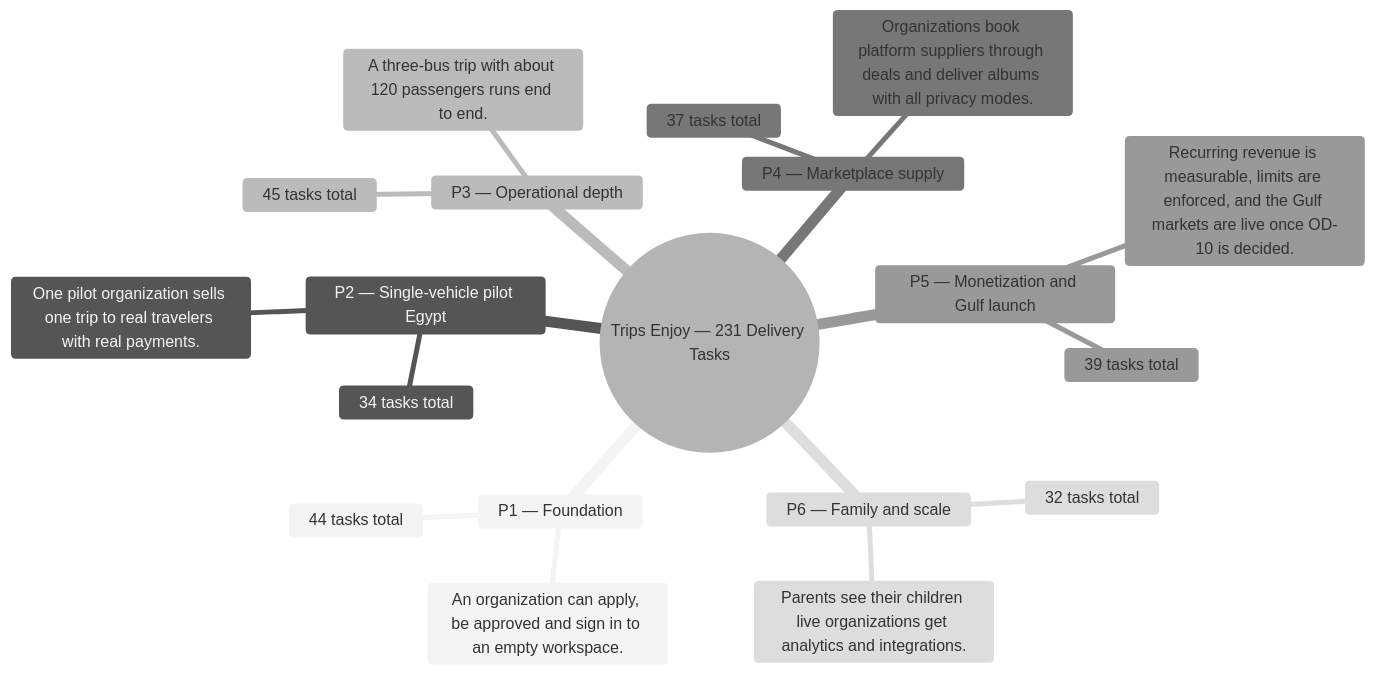
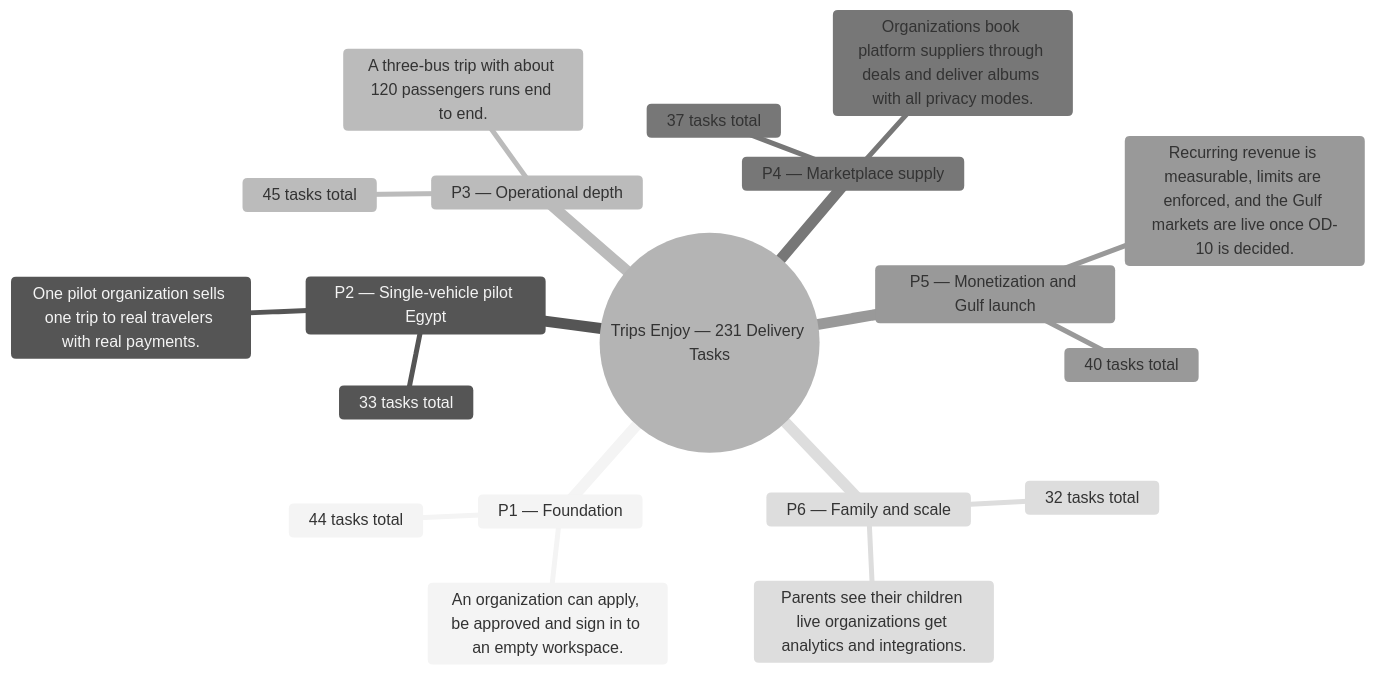
The diagram in content/docs/plan/milestones.mdx (mohamedhabibwork/trips-enjoy-docs), drawn with Mermaid (neutral theme) before and after one commit. The commit also changed other lines of this file and 117 other files, not shown here.

````diff
--- a/content/docs/plan/milestones.mdx
+++ b/content/docs/plan/milestones.mdx
@@ -11,22 +11,22 @@
 ```mermaid
 mindmap
   root(("Trips Enjoy — 231 Delivery Tasks"))
     P1 — Foundation
       44 tasks total
       An organization can apply, be approved and sign in to an empty workspace.
     P2 — Single-vehicle pilot Egypt
-      34 tasks total
+      33 tasks total
       One pilot organization sells one trip to real travelers with real payments.
     P3 — Operational depth
       45 tasks total
       A three-bus trip with about 120 passengers runs end to end.
     P4 — Marketplace supply
       37 tasks total
       Organizations book platform suppliers through deals and deliver albums with all privacy modes.
     P5 — Monetization and Gulf launch
-      39 tasks total
+      40 tasks total
       Recurring revenue is measurable, limits are enforced, and the Gulf markets are live once OD-10 is decided.
     P6 — Family and scale
       32 tasks total
       Parents see their children live organizations get analytics and integrations.
 ```
````
